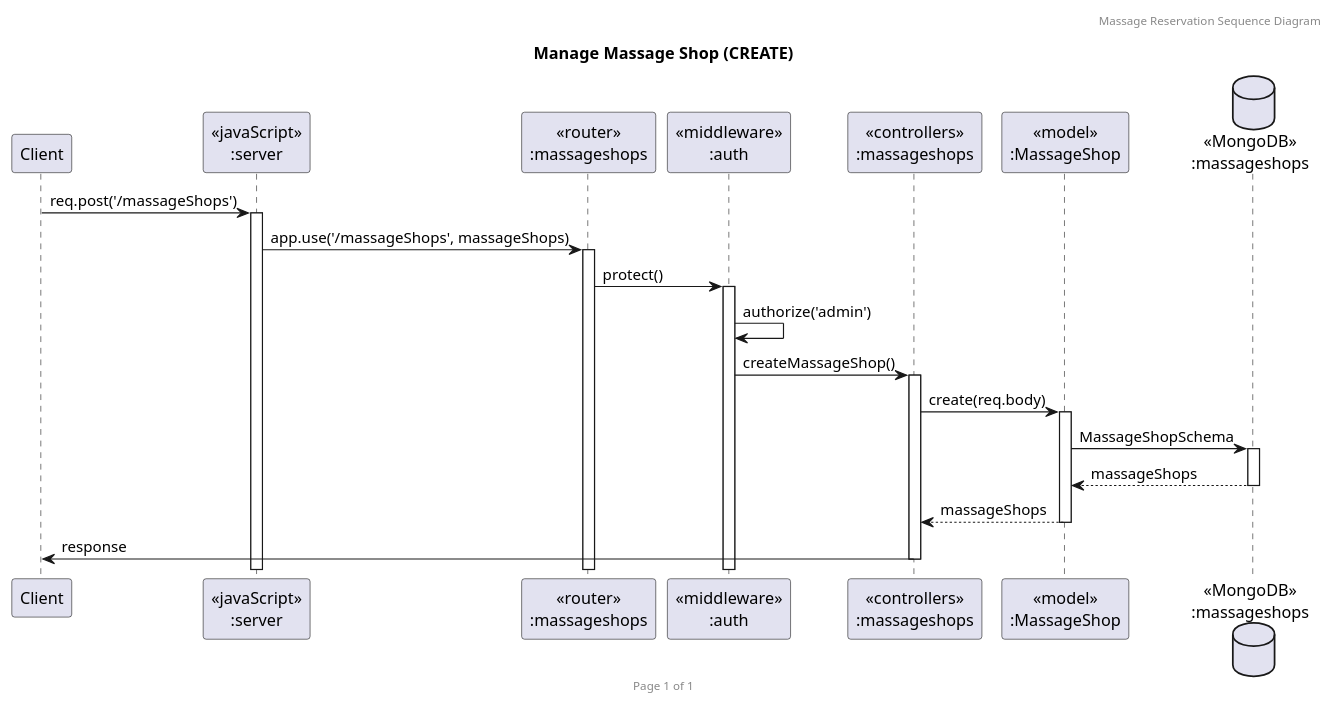
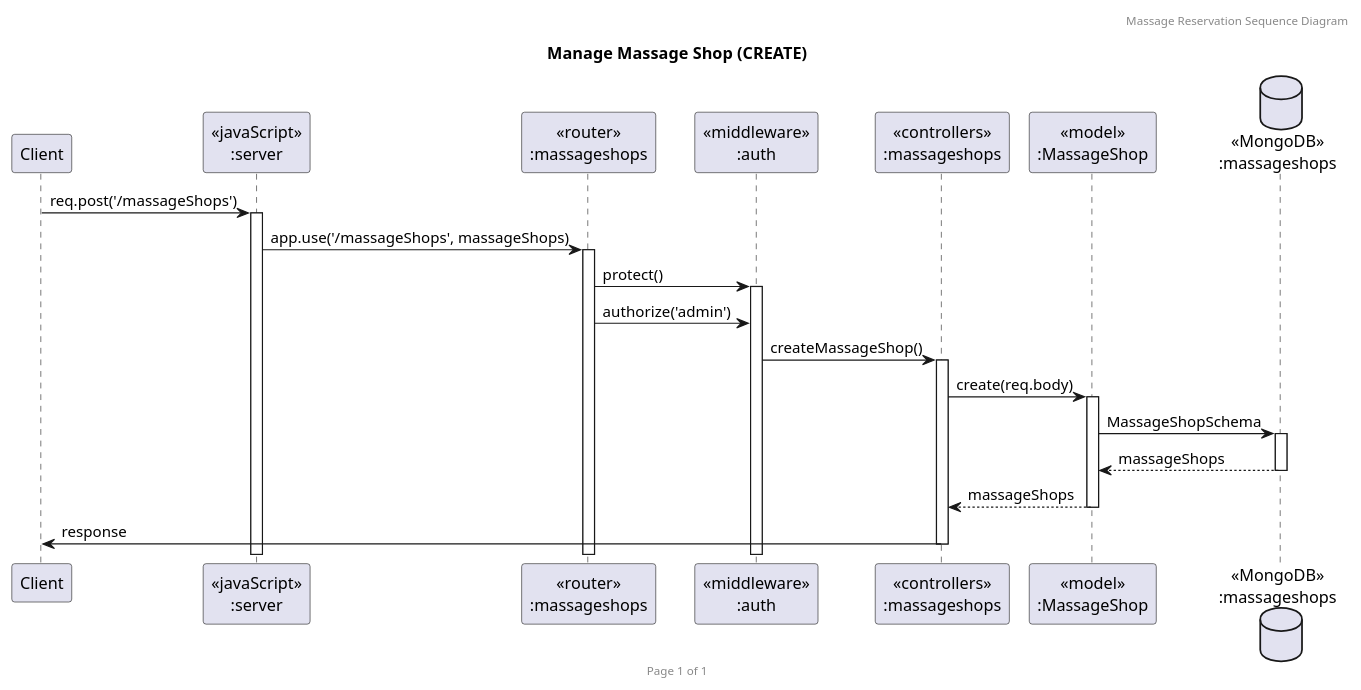
The diagram in CreateShop.puml (2110503TACEDT66/presentation-day-1-organic-soi-ju), drawn with PlantUML before and after one commit. The commit also changed 4 other files, not shown here.

Commit message:
Fix SeqDiagrams (delete, authorize)

```diff
--- a/CreateShop.puml
+++ b/CreateShop.puml
@@ -1,27 +1,27 @@
 @startuml Manage Massage Shop (CREATE)
 
 header Massage Reservation Sequence Diagram
 footer Page %page% of %lastpage%
 title "Manage Massage Shop (CREATE)"
 
 participant "Client" as client
 participant "<<javaScript>>\n:server" as server
 participant "<<router>>\n:massageshops" as routerMassageShops
 participant "<<middleware>>\n:auth" as middlewareAuth
 
 participant "<<controllers>>\n:massageshops" as controllersMassageShops
 participant "<<model>>\n:MassageShop" as modelMassageShop
 database "<<MongoDB>>\n:massageshops" as MassageShopsDatabase
 
 client->server ++:req.post('/massageShops')
 server->routerMassageShops ++:app.use('/massageShops', massageShops)
 routerMassageShops->middlewareAuth ++:protect()
-middlewareAuth -> middlewareAuth :authorize('admin')
+routerMassageShops -> middlewareAuth :authorize('admin')
 middlewareAuth -> controllersMassageShops ++: createMassageShop()
 controllersMassageShops->modelMassageShop ++:create(req.body)
 modelMassageShop ->MassageShopsDatabase ++: MassageShopSchema
 MassageShopsDatabase --> modelMassageShop --: massageShops
 controllersMassageShops <-- modelMassageShop --:massageShops
 controllersMassageShops->client --:response
 
 @enduml
```
